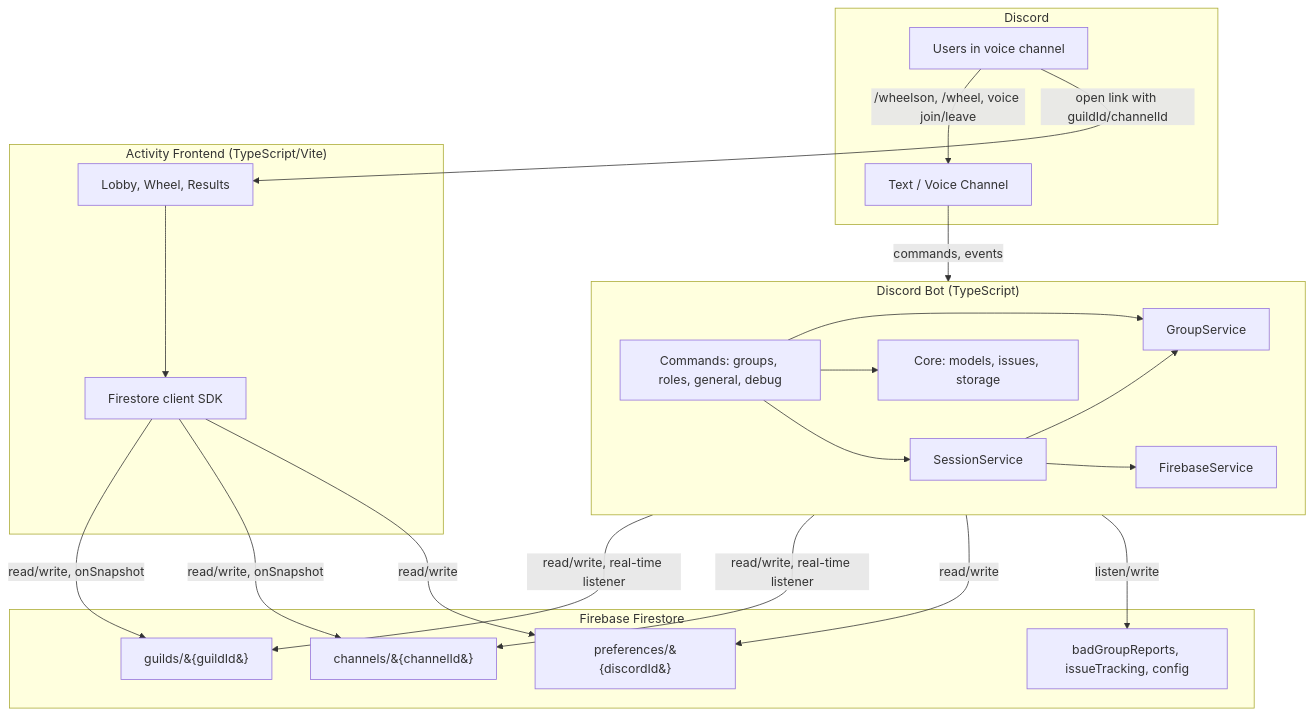
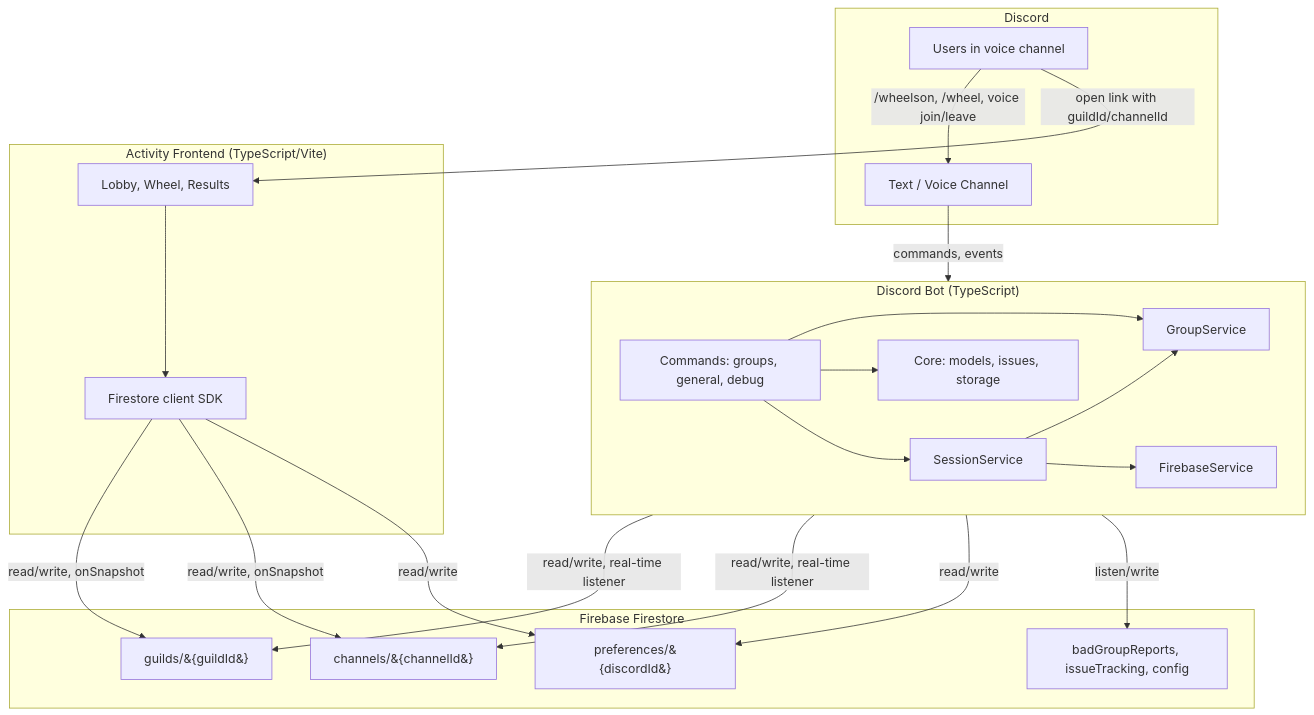
Before and after one commit to TytaniumDev/MythicPlusDiscordBot: the first of 5 diagrams in ARCHITECTURE.md, drawn with Mermaid. The commit also changed other lines of this file and 1 other file, not shown here.

First line of the commit message:
📜 Scribe: Updated Technical ARCHITECTURE.md

````diff
--- a/ARCHITECTURE.md
+++ b/ARCHITECTURE.md
@@ -21,43 +21,43 @@
 ```mermaid
 flowchart TB
     subgraph Discord["Discord"]
         User[Users in voice channel]
         Channel[Text / Voice Channel]
     end
 
     subgraph Bot["Discord Bot (TypeScript)"]
-        Cogs[Commands: groups, roles, general, debug]
+        Cogs[Commands: groups, general, debug]
         GroupService[GroupService]
         SessionService[SessionService]
         FirebaseService[FirebaseService]
         Core[Core: models, issues, storage]
         Cogs --> GroupService
         Cogs --> SessionService
         Cogs --> Core
         SessionService --> FirebaseService
         SessionService --> GroupService
     end
 
     subgraph Firebase["Firebase Firestore"]
         Guilds[guilds/&#123;guildId&#125;]
         Channels[channels/&#123;channelId&#125;]
         Preferences[preferences/&#123;discordId&#125;]
         Sidecars[badGroupReports, issueTracking, config]
     end
 
     subgraph Frontend["Activity Frontend (TypeScript/Vite)"]
         UI[Lobby, Wheel, Results]
         UI --> FirestoreClient[Firestore client SDK]
     end
 
     User -->|/wheelson, /wheel, voice join/leave| Channel
     Channel -->|commands, events| Bot
     Bot -->|read/write, real-time listener| Guilds
     Bot -->|read/write, real-time listener| Channels
     Bot -->|read/write| Preferences
     Bot -->|listen/write| Sidecars
     FirestoreClient -->|read/write, onSnapshot| Guilds
     FirestoreClient -->|read/write, onSnapshot| Channels
     FirestoreClient -->|read/write| Preferences
     User -->|open link with guildId/channelId| UI
 ```
````
